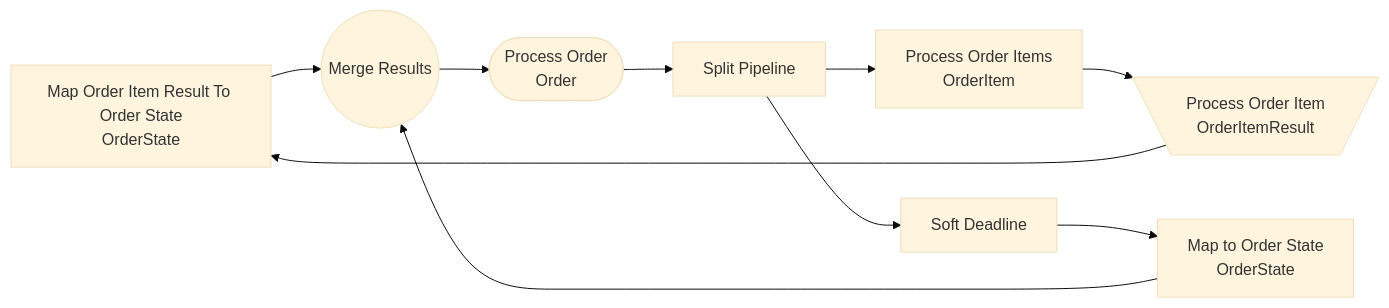
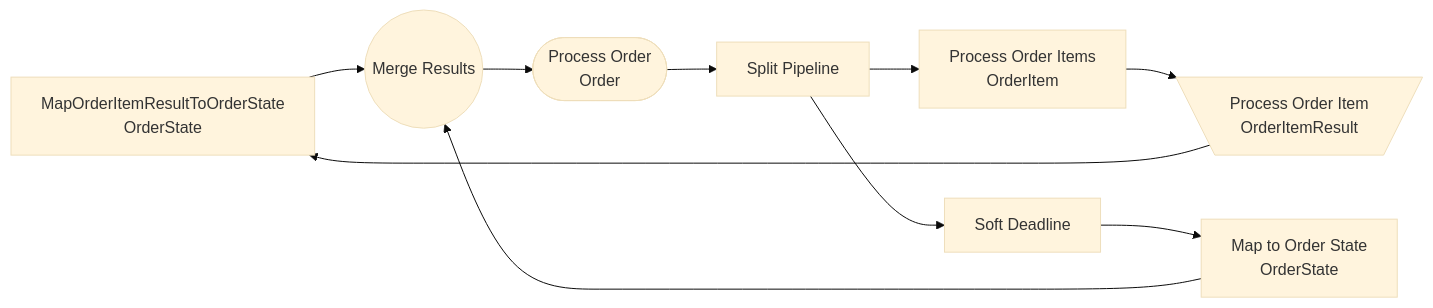
One commit to gorundebug/orderservice changed the diagram in docs/order.md. Above: the diagram before and after it, drawn with Mermaid (base theme). The commit also changed 49 other files, not shown here.

````diff
--- a/docs/order.md
+++ b/docs/order.md
@@ -3,25 +3,25 @@
 ```mermaid
 flowchart LR
-  s5["Map Order Item Result To Order State
+  s5["MapOrderItemResultToOrderState
 OrderState"]
   s6["Map to Order State
 OrderState"]
   s7(("Merge Results"))
   s8(["Process Order
 Order"])
   s9[\"Process Order Item
 OrderItemResult"/]
   s10["Process Order Items
 OrderItem"]
   s11["Soft Deadline"]
   s12["Split Pipeline"]
   s9 --> s5
   s11 --> s6
   s6 --> s7
   s5 --> s7
   s7 --> s8
   s10 --> s9
   s12 --> s10
   s12 --> s11
   s8 --> s12
 ```
````
